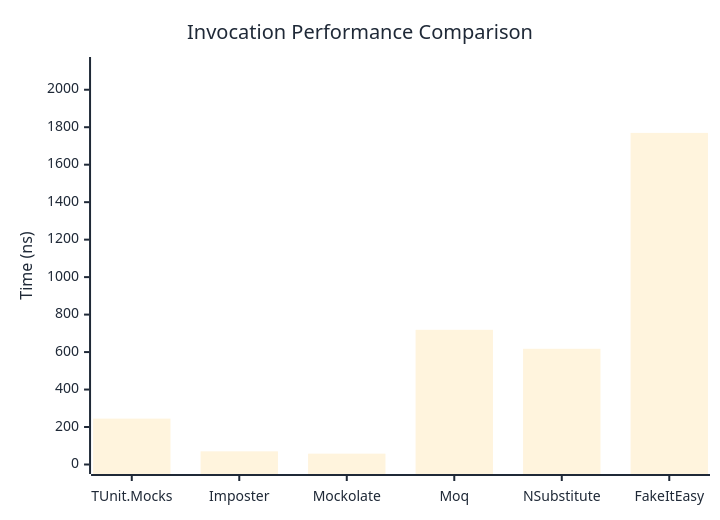
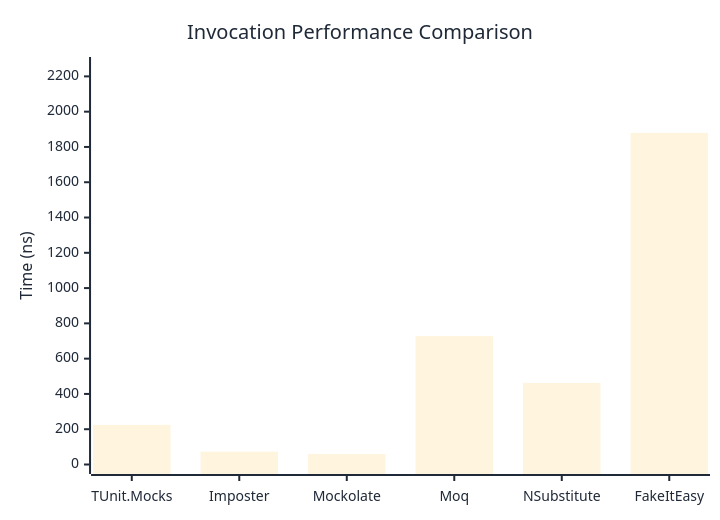
Before and after one commit to thomhurst/TUnit: the first of 3 diagrams in docs/docs/benchmarks/mocks/Invocation.md, drawn with Mermaid. The commit also changed other lines of this file and 14 other files, not shown here.

````diff
--- a/docs/docs/benchmarks/mocks/Invocation.md
+++ b/docs/docs/benchmarks/mocks/Invocation.md
@@ -30,27 +30,27 @@
 ```mermaid
 %%{init: {
   'theme':'base',
   'themeVariables': {
     'primaryColor': '#2563eb',
     'primaryTextColor': '#1f2937',
     'primaryBorderColor': '#1e40af',
     'lineColor': '#6b7280',
     'secondaryColor': '#7c3aed',
     'tertiaryColor': '#dc2626',
     'background': '#ffffff',
     'pie1': '#2563eb',
     'pie2': '#7c3aed',
     'pie3': '#dc2626',
     'pie4': '#f59e0b',
     'pie5': '#10b981',
     'pie6': '#06b6d4',
     'pie7': '#ec4899',
     'pie8': '#6366f1'
   }
 }}%%
 xychart-beta
   title "Invocation Performance Comparison"
   x-axis ["TUnit.Mocks", "Imposter", "Mockolate", "Moq", "NSubstitute", "FakeItEasy"]
-  y-axis "Time (ns)" 0 --> 2124
-  bar [244.88, 70.27, 57.85, 718.75, 617.48, 1769.59]
+  y-axis "Time (ns)" 0 --> 2256
+  bar [224.81, 72.51, 59.44, 727.57, 462.52, 1879.71]
 ```
````
